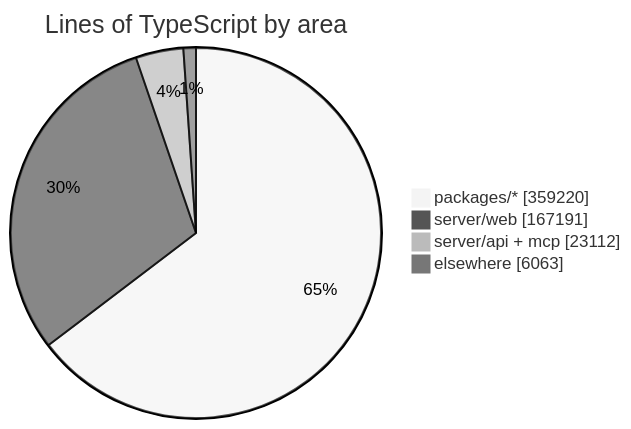
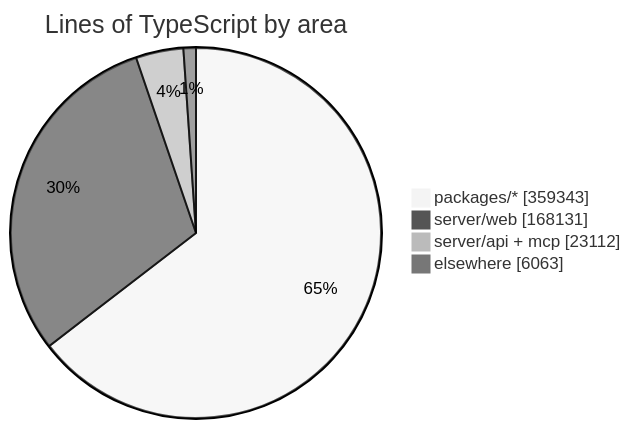
One commit to crossworks-engineering/mantle changed the diagram in README.md. Above: the diagram before and after it, drawn with Mermaid (neutral theme). The commit also changed other lines of this file and 2 other files, not shown here.

````diff
--- a/README.md
+++ b/README.md
@@ -294,7 +294,7 @@
 ```mermaid
 pie showData title Lines of TypeScript by area
-    "packages/*" : 359220
-    "server/web" : 167191
+    "packages/*" : 359343
+    "server/web" : 168131
     "server/api + mcp" : 23112
     "elsewhere" : 6063
 ```
````
